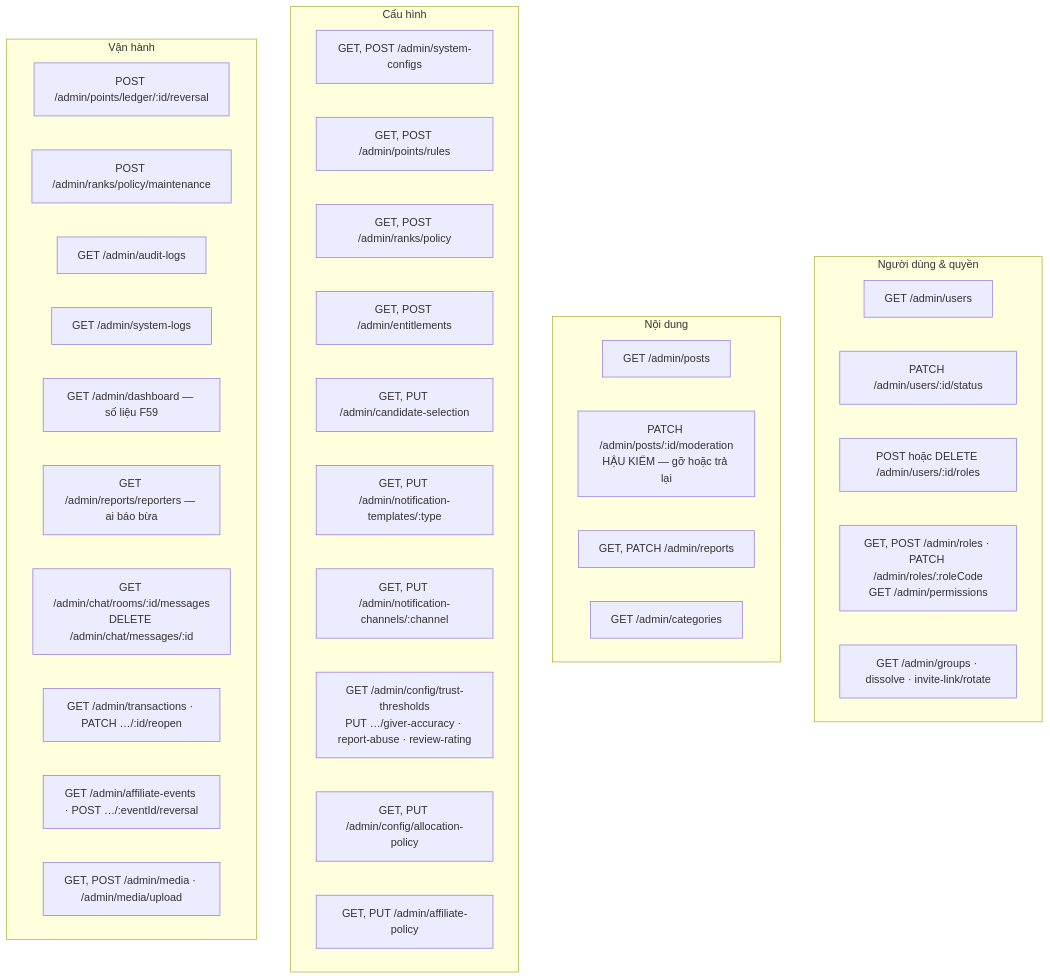
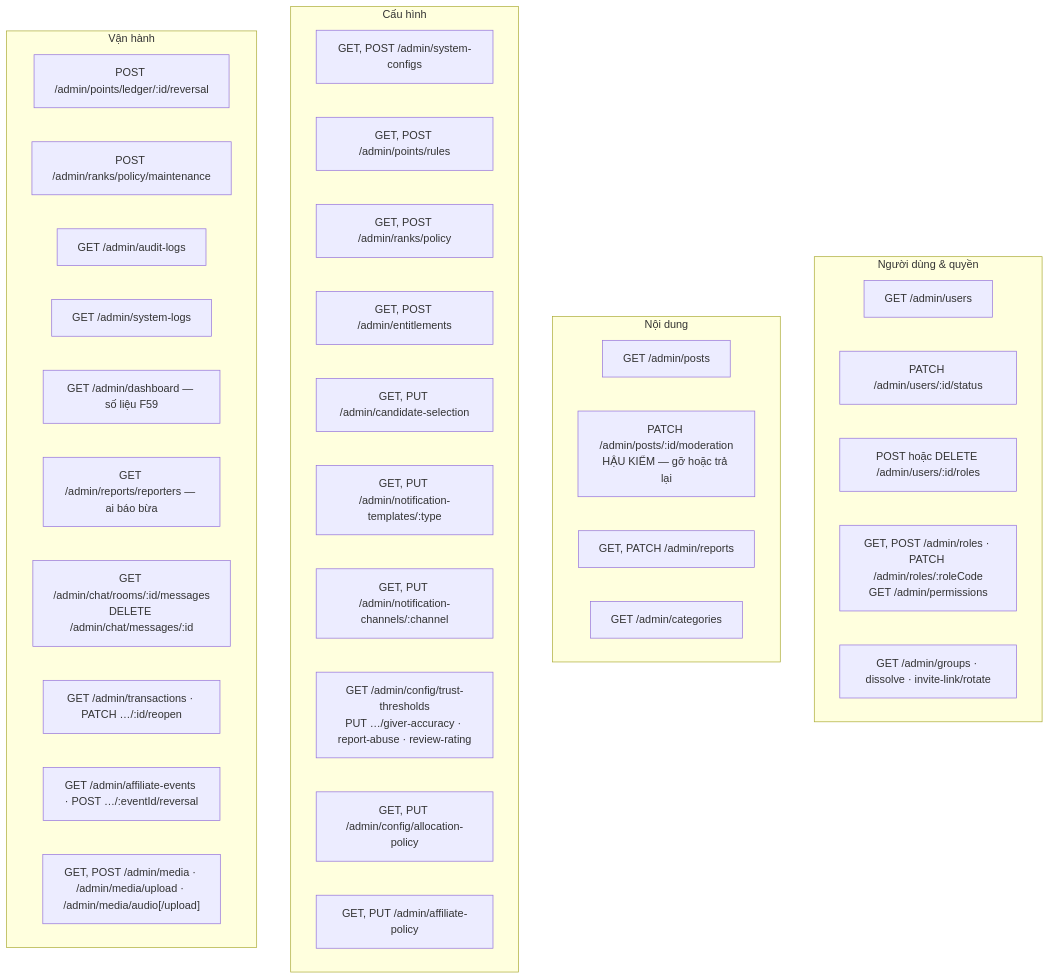
One commit to fdshn/trueheart changed the fourth of 5 diagrams in docs/diagram/16-admin.md. Above: the diagram before and after it, drawn with Mermaid. The commit also changed 26 other files, not shown here.

````diff
--- a/docs/diagram/16-admin.md
+++ b/docs/diagram/16-admin.md
@@ -133,40 +133,40 @@
 ```mermaid
 flowchart TD
     subgraph Người["Người dùng & quyền"]
         A1["GET /admin/users"]
         A2["PATCH /admin/users/:id/status"]
         A3["POST hoặc DELETE /admin/users/:id/roles"]
         A4["GET, POST /admin/roles · PATCH /admin/roles/:roleCode<br/>GET /admin/permissions"]
         A5["GET /admin/groups · dissolve · invite-link/rotate"]
     end
     subgraph Nội["Nội dung"]
         B1["GET /admin/posts"]
         B2["PATCH /admin/posts/:id/moderation<br/>HẬU KIỂM — gỡ hoặc trả lại"]
         B3["GET, PATCH /admin/reports"]
         B4["GET /admin/categories"]
     end
     subgraph Cấu["Cấu hình"]
         C1["GET, POST /admin/system-configs"]
         C2["GET, POST /admin/points/rules"]
         C3["GET, POST /admin/ranks/policy"]
         C4["GET, POST /admin/entitlements"]
         C5["GET, PUT /admin/candidate-selection"]
         C6["GET, PUT /admin/notification-templates/:type"]
         C7["GET, PUT /admin/notification-channels/:channel"]
         C8["GET /admin/config/trust-thresholds<br/>PUT …/giver-accuracy · report-abuse · review-rating"]
         C9["GET, PUT /admin/config/allocation-policy"]
         C10["GET, PUT /admin/affiliate-policy"]
     end
     subgraph Vận["Vận hành"]
         D1["POST /admin/points/ledger/:id/reversal"]
         D2["POST /admin/ranks/policy/maintenance"]
         D3["GET /admin/audit-logs"]
         D4["GET /admin/system-logs"]
         D5["GET /admin/dashboard — số liệu F59"]
         D6["GET /admin/reports/reporters — ai báo bừa"]
         D7["GET /admin/chat/rooms/:id/messages<br/>DELETE /admin/chat/messages/:id"]
         D8["GET /admin/transactions · PATCH …/:id/reopen"]
         D9["GET /admin/affiliate-events · POST …/:eventId/reversal"]
-        D10["GET, POST /admin/media · /admin/media/upload"]
+        D10["GET, POST /admin/media · /admin/media/upload · /admin/media/audio[/upload]"]
     end
 ```
````
